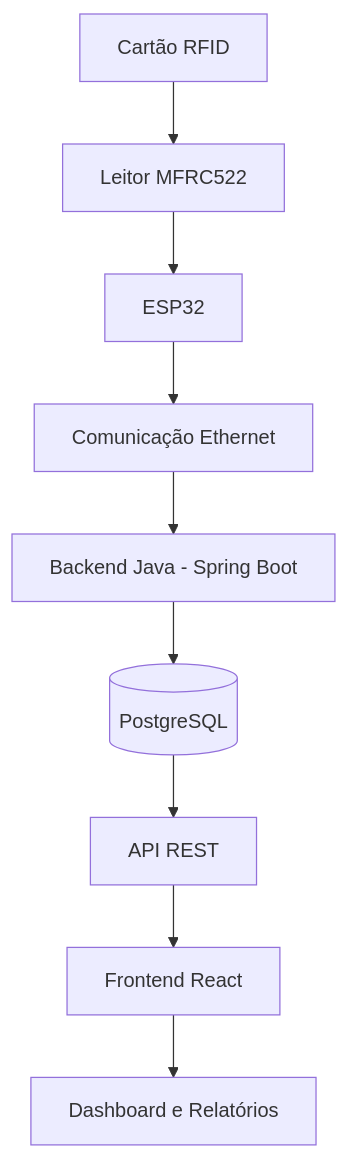
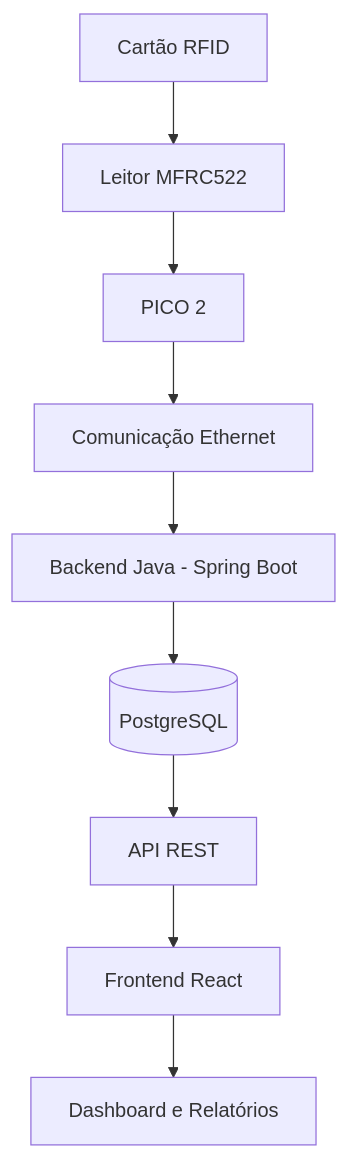
The diagram in README.md (bryyanvk/EduControl), drawn with Mermaid before and after one commit. The commit also changed other lines of this file, not shown here.

````diff
--- a/README.md
+++ b/README.md
@@ -93,11 +93,11 @@
 ```mermaid
 flowchart TD
     A[Cartão RFID] --> B[Leitor MFRC522]
-    B --> C[ESP32]
+    B --> C[PICO 2]
     C --> D[Comunicação Ethernet]
     D --> E[Backend Java - Spring Boot]
     E --> F[(PostgreSQL)]
     F --> G[API REST]
     G --> H[Frontend React]
     H --> I[Dashboard e Relatórios]
 ```
````
